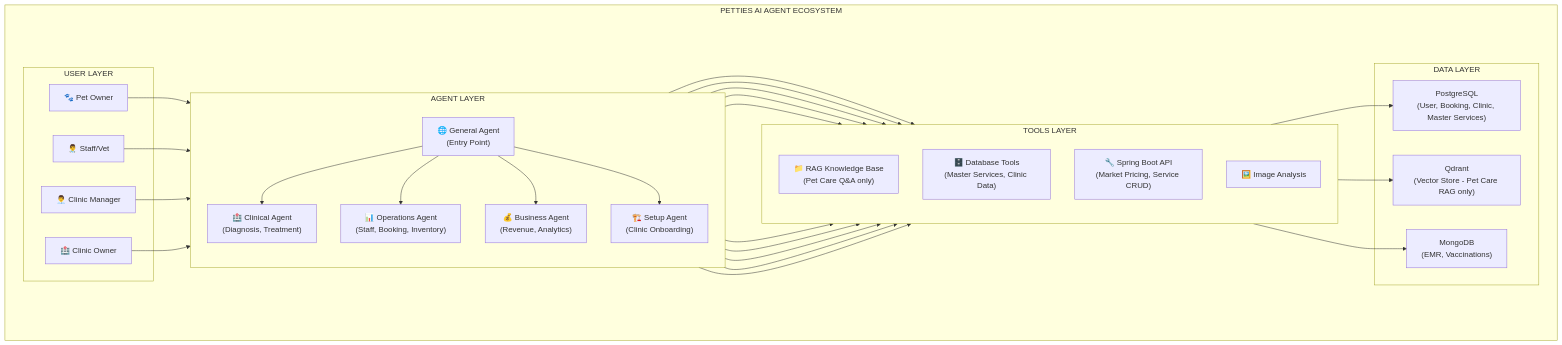
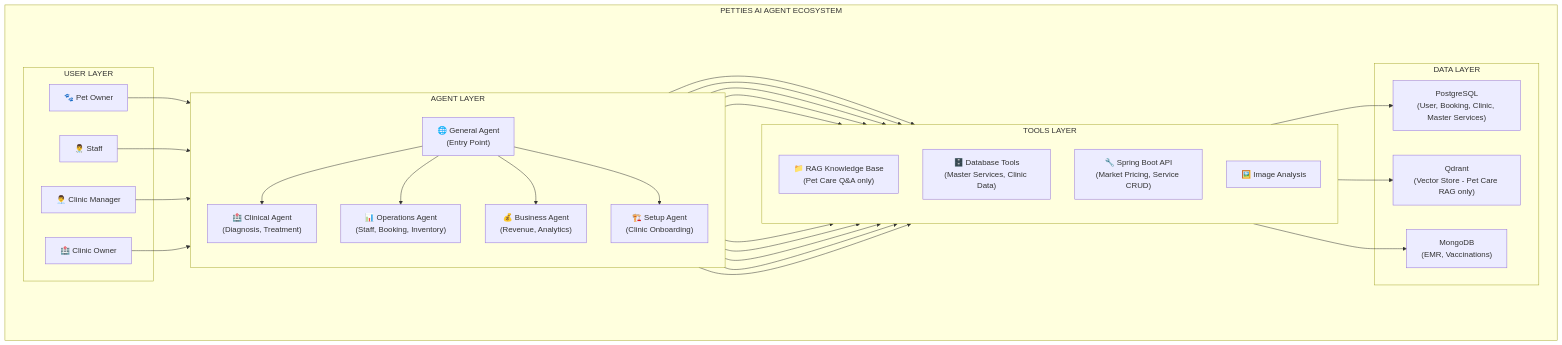
Before and after one commit to espresso23/Petties-Veterinary-Appointment-Booking-Platform: the second of 21 diagrams in docs-references/documentation/AI_FEATURES_NON_PET_OWNER_IDEA.md, drawn with Mermaid. The commit also changed other lines of this file and 69 other files, not shown here.

````diff
--- a/docs-references/documentation/AI_FEATURES_NON_PET_OWNER_IDEA.md
+++ b/docs-references/documentation/AI_FEATURES_NON_PET_OWNER_IDEA.md
@@ -63,61 +63,61 @@
 ```mermaid
 flowchart TB
     subgraph "PETTIES AI AGENT ECOSYSTEM"
         direction LR
         
         subgraph "USER LAYER"
             PO["🐾 Pet Owner"]
-            ST["👨‍⚕️ Staff/Vet"]
+            ST["👨‍⚕️ Staff"]
             CM["👨‍💼 Clinic Manager"]
             CO["🏥 Clinic Owner"]
         end
         
         subgraph "AGENT LAYER"
             direction TB
             GEN["🌐 General Agent\n(Entry Point)"]
             CLN["🏥 Clinical Agent\n(Diagnosis, Treatment)"]
             OPS["📊 Operations Agent\n(Staff, Booking, Inventory)"]
             BUS["💰 Business Agent\n(Revenue, Analytics)"]
             SETUP["🏗️ Setup Agent\n(Clinic Onboarding)"]
         end
         
         subgraph "TOOLS LAYER"
             direction TB
             T1["📁 RAG Knowledge Base\n(Pet Care Q&A only)"]
             T2["🗄️ Database Tools\n(Master Services, Clinic Data)"]
             T3["🔧 Spring Boot API\n(Market Pricing, Service CRUD)"]
             T4["🖼️ Image Analysis"]
         end
         
         subgraph "DATA LAYER"
             D1["PostgreSQL\n(User, Booking, Clinic, Master Services)"]
             D2["MongoDB\n(EMR, Vaccinations)"]
             D3["Qdrant\n(Vector Store - Pet Care RAG only)"]
         end
         
         PO --> GEN
         ST --> GEN
         CM --> GEN
         CO --> GEN
         
         GEN --> CLN
         GEN --> OPS
         GEN --> BUS
         GEN --> SETUP
         
         CLN --> T1
         CLN --> T2
         CLN --> T4
         OPS --> T2
         OPS --> T3
         BUS --> T2
         BUS --> T3
         SETUP --> T2
         SETUP --> T3
         SETUP --> T4
         
         T1 --> D3
         T2 --> D1
         T2 --> D2
     end
 ```
````
